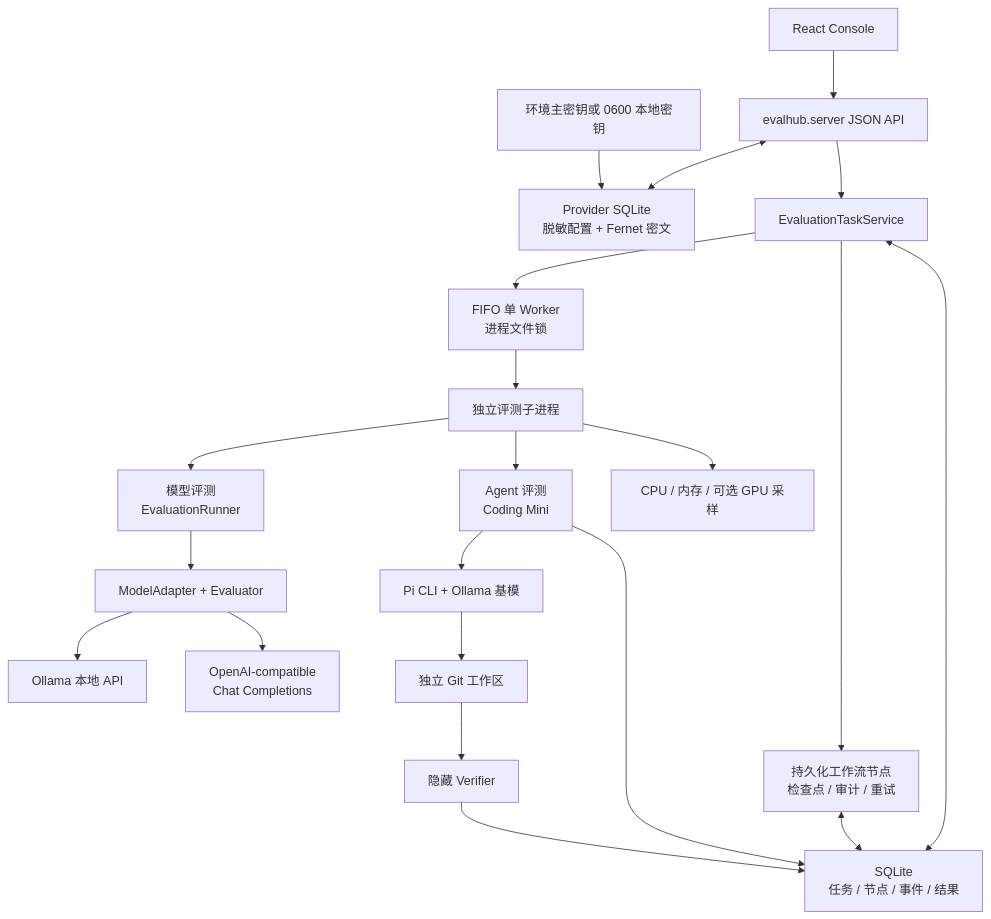
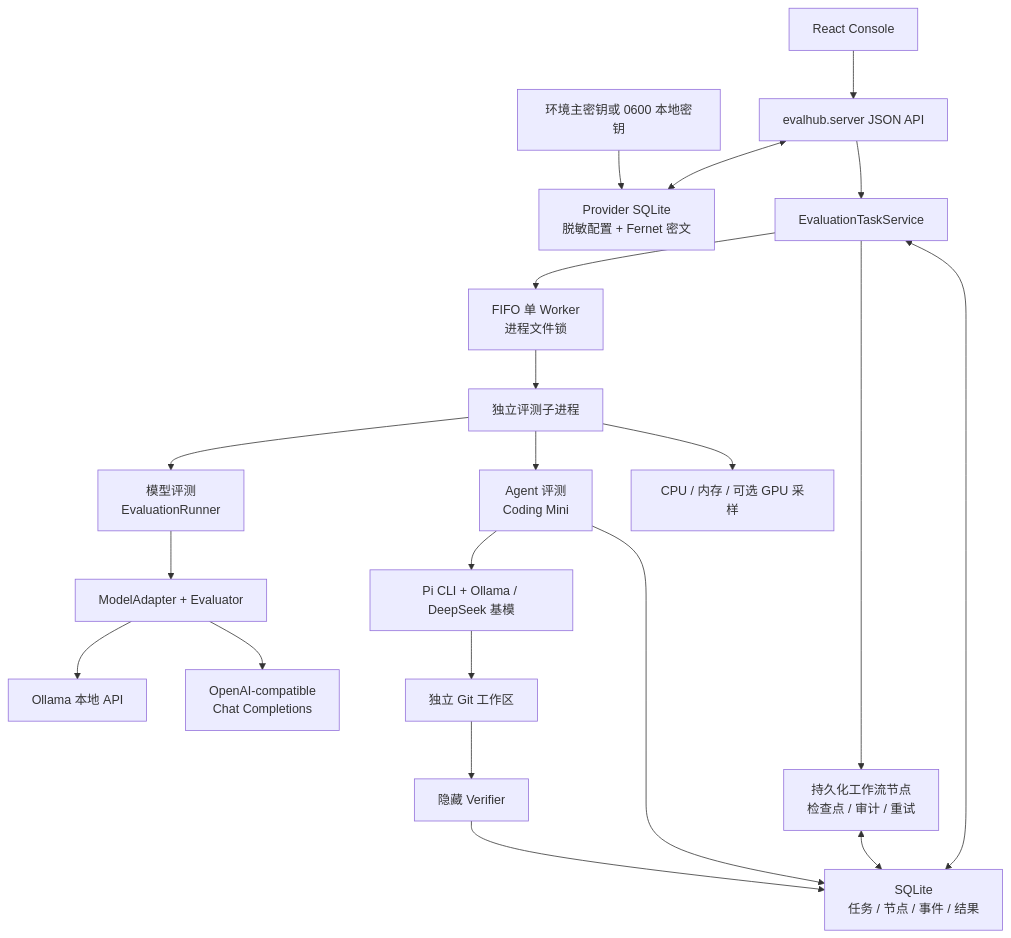
Before and after one commit to NEDONION/evalhub: the first of 2 diagrams in docs/architecture/20260804_系统架构.md, drawn with Mermaid. The commit also changed other lines of this file and 22 other files, not shown here.

````diff
--- a/docs/architecture/20260804_系统架构.md
+++ b/docs/architecture/20260804_系统架构.md
@@ -25,23 +25,23 @@
 ```mermaid
 flowchart TD
     UI["React Console"] --> API["evalhub.server JSON API"]
     API <--> PROVIDERS["Provider SQLite<br/>脱敏配置 + Fernet 密文"]
     KEY["环境主密钥或 0600 本地密钥"] --> PROVIDERS
     API --> SERVICE["EvaluationTaskService"]
     SERVICE <--> DB["SQLite<br/>任务 / 节点 / 事件 / 结果"]
     SERVICE --> FIFO["FIFO 单 Worker<br/>进程文件锁"]
     SERVICE --> DAG["持久化工作流节点<br/>检查点 / 审计 / 重试"]
     DAG <--> DB
     FIFO --> PROCESS["独立评测子进程"]
     PROCESS --> MODEL["模型评测<br/>EvaluationRunner"]
     PROCESS --> AGENT["Agent 评测<br/>Coding Mini"]
     MODEL --> ADAPTER["ModelAdapter + Evaluator"]
     ADAPTER --> OLLAMA["Ollama 本地 API"]
     ADAPTER --> REMOTE["OpenAI-compatible<br/>Chat Completions"]
-    AGENT --> PI["Pi CLI + Ollama 基模"]
+    AGENT --> PI["Pi CLI + Ollama / DeepSeek 基模"]
     PI --> WORKSPACE["独立 Git 工作区"]
     WORKSPACE --> VERIFY["隐藏 Verifier"]
     PROCESS --> RESOURCE["CPU / 内存 / 可选 GPU 采样"]
     AGENT --> DB
     VERIFY --> DB
 ```
````
